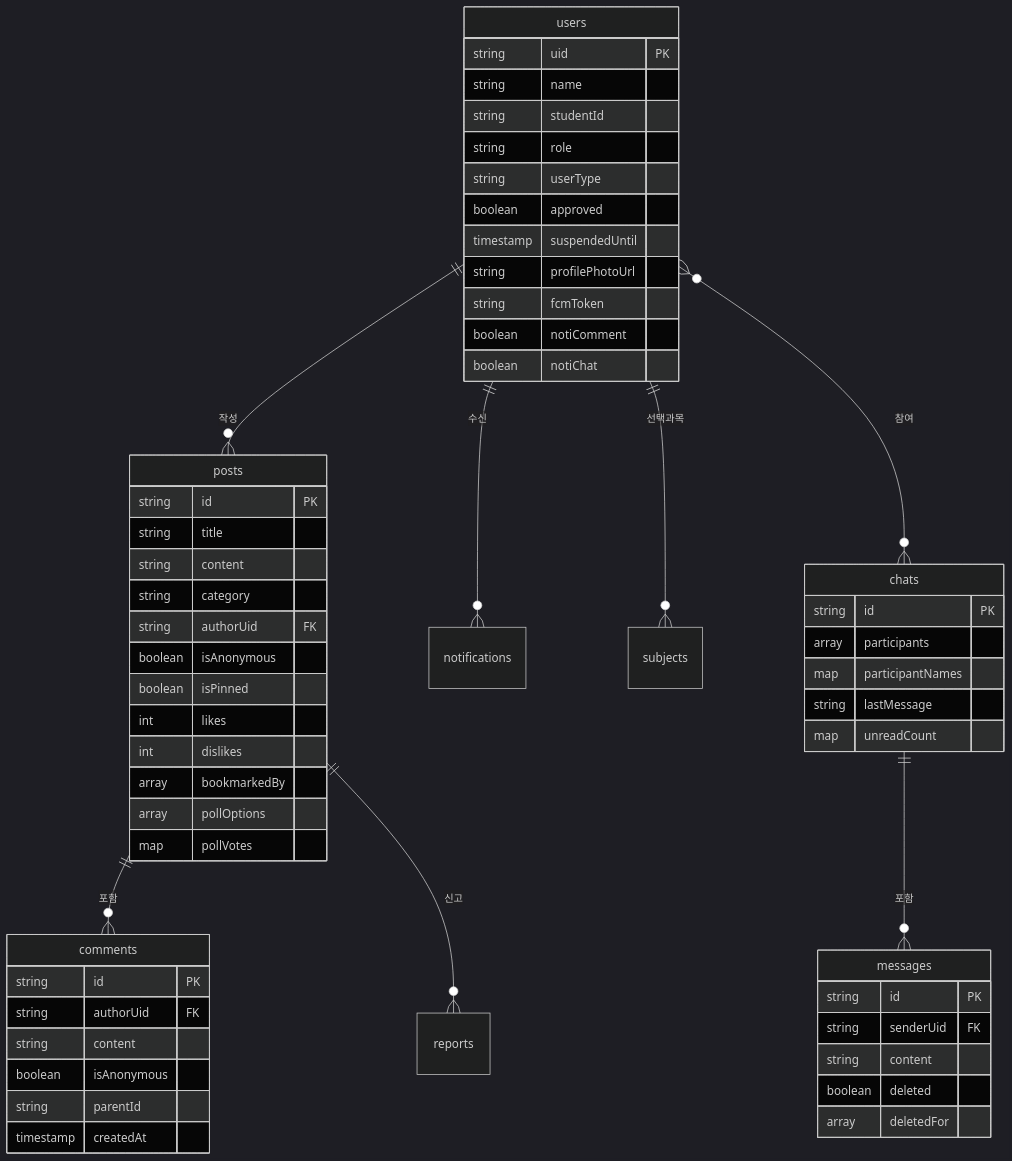
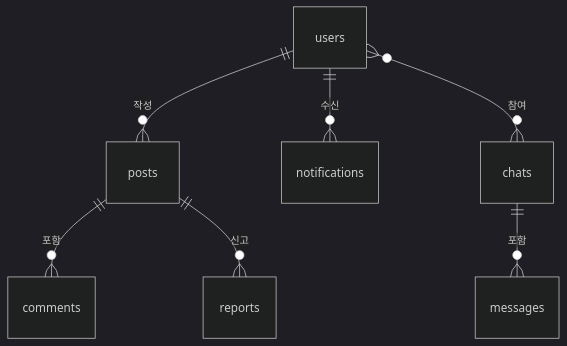
The second of 2 diagrams in README.md (Monkshark/hansol_hs_flutter_app), drawn with Mermaid (dark theme) before and after one commit. The commit also changed other lines of this file and 36 other files, not shown here.

````diff
--- a/README.md
+++ b/README.md
@@ -545,64 +196,9 @@
 ```mermaid
 erDiagram
     users ||--o{ posts : "작성"
     users ||--o{ notifications : "수신"
-    users ||--o{ subjects : "선택과목"
     posts ||--o{ comments : "포함"
     posts ||--o{ reports : "신고"
     chats ||--o{ messages : "포함"
     users }o--o{ chats : "참여"
-
-    users {
-        string uid PK
-        string name
-        string studentId
-        string role
-        string userType
-        boolean approved
-        timestamp suspendedUntil
-        string profilePhotoUrl
-        string fcmToken
-        boolean notiComment
-        boolean notiChat
-    }
-
-    posts {
-        string id PK
-        string title
-        string content
-        string category
-        string authorUid FK
-        boolean isAnonymous
-        boolean isPinned
-        int likes
-        int dislikes
-        array bookmarkedBy
-        array pollOptions
-        map pollVotes
-    }
-
-    comments {
-        string id PK
-        string authorUid FK
-        string content
-        boolean isAnonymous
-        string parentId
-        timestamp createdAt
-    }
-
-    chats {
-        string id PK
-        array participants
-        map participantNames
-        string lastMessage
-        map unreadCount
-    }
-
-    messages {
-        string id PK
-        string senderUid FK
-        string content
-        boolean deleted
-        array deletedFor
-    }
 ```
````
